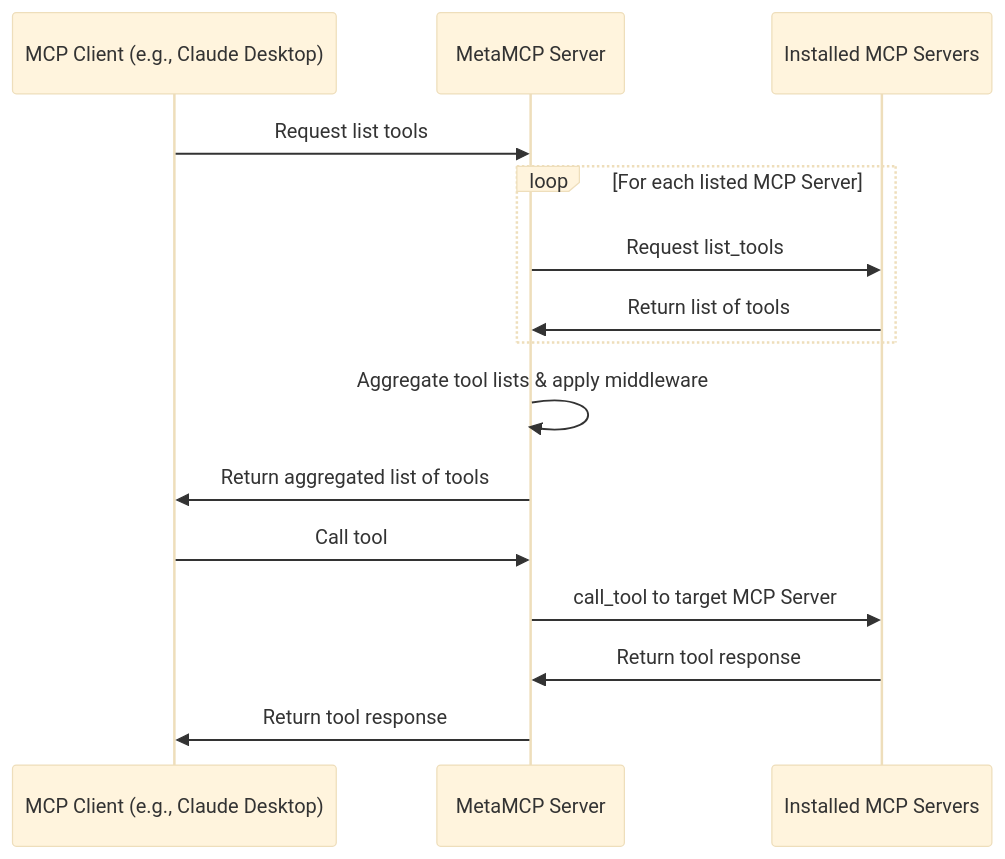
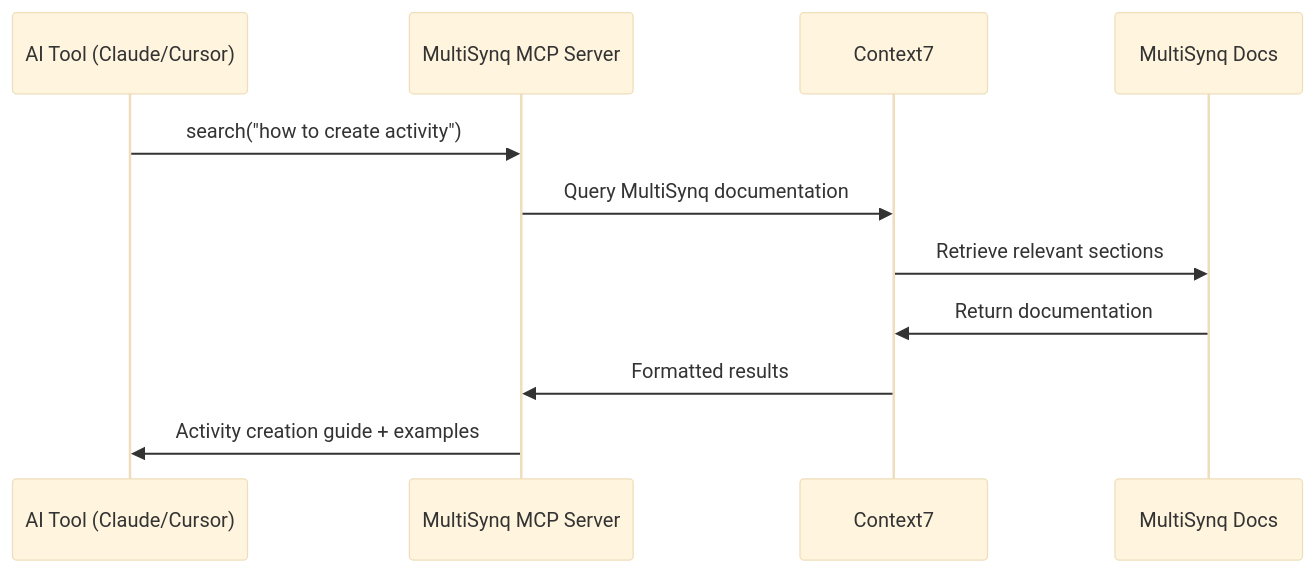
One commit to multisynq/multimcp changed the second of 2 diagrams in README.md. Above: the diagram before and after it, drawn with Mermaid (base theme). The commit also changed other lines of this file and 13 other files, not shown here.

````diff
--- a/README.md
+++ b/README.md
@@ -350,21 +365,14 @@
 ```mermaid
 sequenceDiagram
-    participant MCPClient as MCP Client (e.g., Claude Desktop)
-    participant MetaMCP as MetaMCP Server
-    participant MCPServers as Installed MCP Servers
+    participant AI as AI Tool (Claude/Cursor)
+    participant MCP as MultiSynq MCP Server
+    participant C7 as Context7
+    participant Docs as MultiSynq Docs
 
-    MCPClient ->> MetaMCP: Request list tools
-
-    loop For each listed MCP Server
-        MetaMCP ->> MCPServers: Request list_tools
-        MCPServers ->> MetaMCP: Return list of tools
-    end
-
-    MetaMCP ->> MetaMCP: Aggregate tool lists & apply middleware
-    MetaMCP ->> MCPClient: Return aggregated list of tools
-
-    MCPClient ->> MetaMCP: Call tool
-    MetaMCP ->> MCPServers: call_tool to target MCP Server
-    MCPServers ->> MetaMCP: Return tool response
-    MetaMCP ->> MCPClient: Return tool response
+    AI ->> MCP: search("how to create activity")
+    MCP ->> C7: Query MultiSynq documentation
+    C7 ->> Docs: Retrieve relevant sections
+    Docs ->> C7: Return documentation
+    C7 ->> MCP: Formatted results
+    MCP ->> AI: Activity creation guide + examples
 ```
````
